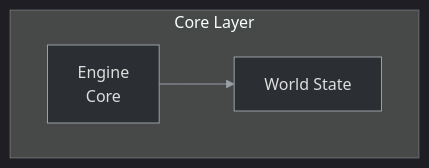
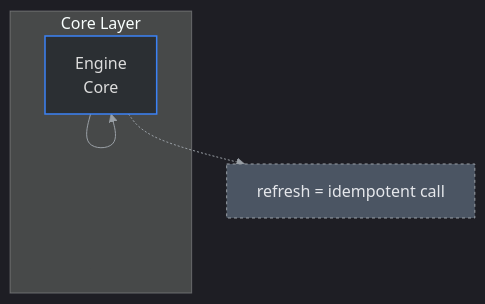
One commit to lukaszj321/otcv8-dev changed the diagram in docs/authoring/_instructions/diagram_system/03_DESIGN_PATTERNS/README.md. Above: the diagram before and after it, drawn with Mermaid. The commit also changed other lines of this file, not shown here.

````diff
--- a/docs/authoring/_instructions/diagram_system/03_DESIGN_PATTERNS/README.md
+++ b/docs/authoring/_instructions/diagram_system/03_DESIGN_PATTERNS/README.md
@@ -183,17 +164,22 @@
 ```mermaid
-%%{init: {
-  "theme": "dark",
-  "themeVariables": {
-    "primaryTextColor": "#ddd",
-    "lineColor": "#9aa0a6"
+%%{init:{
+  "theme":"dark",
+  "themeVariables":{
+    "primaryTextColor":"#ddd",
+    "lineColor":"#9aa0a6"
   },
-  "securityLevel": "loose"
+  "securityLevel":"loose"
 }}%%
 graph TD
   subgraph "Core Layer"
     engine["Engine<br/>Core"]:::core
-    world["World State"]:::core
   end
-  engine --> world
-  classDef core fill:#2b2f33,stroke:#9aa0a6,color:#ddd;
+
+  engine --> engine
+
+  note["refresh = idempotent call"]:::note
+  engine -.-> note
+
+  classDef core fill:#2b2f33,stroke:#3b82f6,color:#ddd,stroke-width:1.5px;
+  classDef note fill:#4b5563,stroke:#9aa0a6,color:#e5e7eb,stroke-dasharray:3 3,stroke-width:1px;
 ```
````
